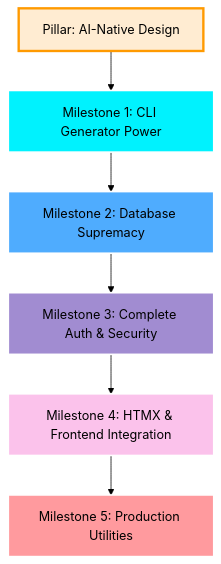
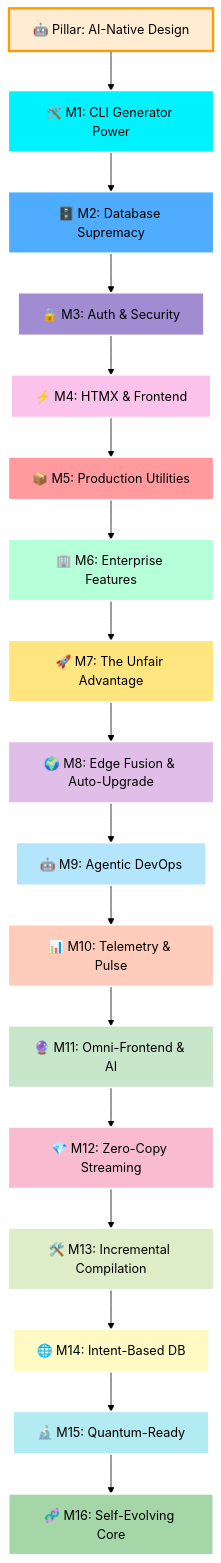
The diagram in ROADMAP.md (Rullst/Rullst), drawn with Mermaid (forest theme) before and after one commit. The commit also changed 1 other file, not shown here.

Commit message:
docs(roadmap): fix mermaid diagrams to include all 16 milestones with colors, add Auto-Upgrade System in PT, remove corrupted AI text from ROADMAP.pt.md

````diff
--- a/ROADMAP.md
+++ b/ROADMAP.md
@@ -25,14 +25,37 @@
 ```mermaid
 graph TD
-    M0[Pillar: AI-Native Design] --> M1[Milestone 1: CLI Generator Power]
-    M1 --> M2[Milestone 2: Database Supremacy]
-    M2 --> M3[Milestone 3: Complete Auth & Security]
-    M3 --> M4[Milestone 4: HTMX & Frontend Integration]
-    M4 --> M5[Milestone 5: Production Utilities]
-    style M0 fill:#ffecd2,stroke:#ff9a00,stroke-width:3px,color:#000
-    style M1 fill:#00f2fe,stroke:#fff,stroke-width:2px,color:#000
-    style M2 fill:#4facfe,stroke:#fff,stroke-width:2px,color:#000
-    style M3 fill:#a18cd1,stroke:#fff,stroke-width:2px,color:#000
-    style M4 fill:#fbc2eb,stroke:#fff,stroke-width:2px,color:#000
-    style M5 fill:#ff9a9e,stroke:#fff,stroke-width:2px,color:#000
+    M0["🤖 Pillar: AI-Native Design"] --> M1["🛠️ M1: CLI Generator Power"]
+    M1 --> M2["🗄️ M2: Database Supremacy"]
+    M2 --> M3["🔒 M3: Auth & Security"]
+    M3 --> M4["⚡ M4: HTMX & Frontend"]
+    M4 --> M5["📦 M5: Production Utilities"]
+    M5 --> M6["🏢 M6: Enterprise Features"]
+    M6 --> M7["🚀 M7: The Unfair Advantage"]
+    M7 --> M8["🌍 M8: Edge Fusion & Auto-Upgrade"]
+    M8 --> M9["🤖 M9: Agentic DevOps"]
+    M9 --> M10["📊 M10: Telemetry & Pulse"]
+    M10 --> M11["🔮 M11: Omni-Frontend & AI"]
+    M11 --> M12["💎 M12: Zero-Copy Streaming"]
+    M12 --> M13["🛠️ M13: Incremental Compilation"]
+    M13 --> M14["🌐 M14: Intent-Based DB"]
+    M14 --> M15["🔬 M15: Quantum-Ready"]
+    M15 --> M16["🧬 M16: Self-Evolving Core"]
+
+    style M0  fill:#ffecd2,stroke:#ff9a00,stroke-width:3px,color:#000
+    style M1  fill:#00f2fe,stroke:#fff,stroke-width:2px,color:#000
+    style M2  fill:#4facfe,stroke:#fff,stroke-width:2px,color:#000
+    style M3  fill:#a18cd1,stroke:#fff,stroke-width:2px,color:#000
+    style M4  fill:#fbc2eb,stroke:#fff,stroke-width:2px,color:#000
+    style M5  fill:#ff9a9e,stroke:#fff,stroke-width:2px,color:#000
+    style M6  fill:#b5ffd9,stroke:#fff,stroke-width:2px,color:#000
+    style M7  fill:#ffe57f,stroke:#fff,stroke-width:2px,color:#000
+    style M8  fill:#e1bee7,stroke:#fff,stroke-width:2px,color:#000
+    style M9  fill:#b3e5fc,stroke:#fff,stroke-width:2px,color:#000
+    style M10 fill:#ffccbc,stroke:#fff,stroke-width:2px,color:#000
+    style M11 fill:#c8e6c9,stroke:#fff,stroke-width:2px,color:#000
+    style M12 fill:#f8bbd0,stroke:#fff,stroke-width:2px,color:#000
+    style M13 fill:#dcedc8,stroke:#fff,stroke-width:2px,color:#000
+    style M14 fill:#fff9c4,stroke:#fff,stroke-width:2px,color:#000
+    style M15 fill:#b2ebf2,stroke:#fff,stroke-width:2px,color:#000
+    style M16 fill:#a5d6a7,stroke:#fff,stroke-width:3px,color:#000
 ```
````
